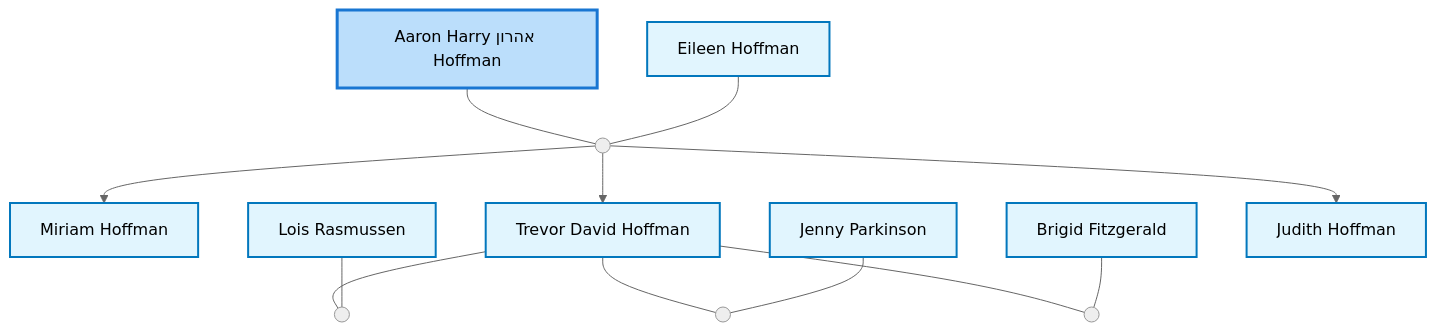
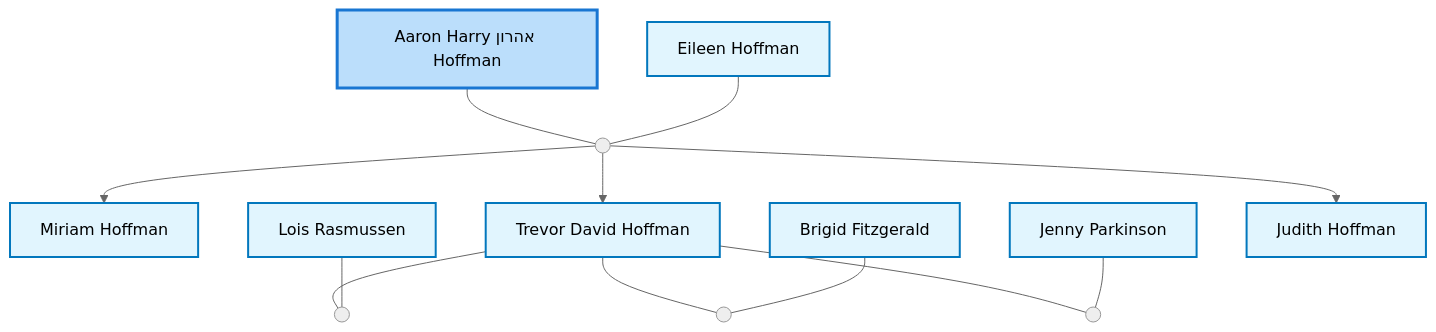
One commit to moshehoff/FamilyHistory changed the third of 3 diagrams in site/content/profiles/Aaron Harry אהרון Hoffman.md. Above: the diagram before and after it, drawn with Mermaid (neutral theme). The commit also changed other lines of this file and 244 other files, not shown here.

Commit message:
Change Nuclear Family diagram to show parents and siblings, update site title to 'Hoffman Family History', revert diagram zoom to simple scaling

````diff
--- a/site/content/profiles/Aaron Harry אהרון Hoffman.md
+++ b/site/content/profiles/Aaron Harry אהרון Hoffman.md
@@ -92,45 +94,45 @@
 ```mermaid
 flowchart TD
 classDef person fill:#e1f5fe,stroke:#0277bd,stroke-width:2px;
 classDef internal-link fill:#e1f5fe,stroke:#0277bd,stroke-width:2px;
 classDef current fill:#bbdefb,stroke:#1976d2,stroke-width:3px;
 idI38736184["Aaron Harry אהרון Hoffman"]
 class idI38736184 current
 click idI38736184 "../profiles/Aaron-Harry-%D7%90%D7%94%D7%A8%D7%95%D7%9F-Hoffman" "Aaron Harry אהרון Hoffman"
 idI39965086["Eileen Hoffman"]
 class idI39965086 internal-link
 click idI39965086 "../profiles/Eileen-Hoffman" "Eileen Hoffman"
 marriage_idF13655899((" "))
 idI38736184 --- marriage_idF13655899
 idI39965086 --- marriage_idF13655899
 idI39965206["Miriam Hoffman"]
 class idI39965206 internal-link
 click idI39965206 "../profiles/Miriam-Hoffman" "Miriam Hoffman"
 marriage_idF13655899 --> idI39965206
 idI39965122["Trevor David Hoffman"]
 class idI39965122 internal-link
 click idI39965122 "../profiles/Trevor-David-Hoffman" "Trevor David Hoffman"
 marriage_idF13655899 --> idI39965122
 idI40156750["Lois Rasmussen"]
 class idI40156750 internal-link
 click idI40156750 "../profiles/Lois-Rasmussen" "Lois Rasmussen"
 marriage_idF13721300((" "))
 idI39965122 --- marriage_idF13721300
 idI40156750 --- marriage_idF13721300
+idI40156505["Brigid Fitzgerald"]
+class idI40156505 internal-link
+click idI40156505 "../profiles/Brigid-Fitzgerald" "Brigid Fitzgerald"
+marriage_idF13721612((" "))
+idI39965122 --- marriage_idF13721612
+idI40156505 --- marriage_idF13721612
 idI100527572["Jenny Parkinson"]
 class idI100527572 internal-link
 click idI100527572 "../profiles/Jenny-Parkinson" "Jenny Parkinson"
 marriage_idF32834861((" "))
 idI39965122 --- marriage_idF32834861
 idI100527572 --- marriage_idF32834861
-idI40156505["Brigid Fitzgerald"]
-class idI40156505 internal-link
-click idI40156505 "../profiles/Brigid-Fitzgerald" "Brigid Fitzgerald"
-marriage_idF13721612((" "))
-idI39965122 --- marriage_idF13721612
-idI40156505 --- marriage_idF13721612
 idI39965270["Judith Hoffman"]
 class idI39965270 internal-link
 click idI39965270 "../profiles/Judith-Hoffman" "Judith Hoffman"
 marriage_idF13655899 --> idI39965270
 ```
````
